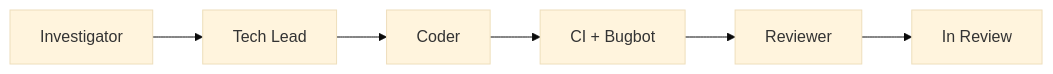
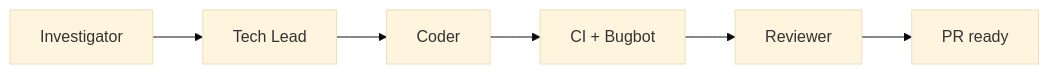
One commit to masumi-network/sokosumi changed the diagram in .cursor/skills/_team-sapphire/SKILL.md. Above: the diagram before and after it, drawn with Mermaid (base theme). The commit also changed other lines of this file and 11 other files, not shown here.

````diff
--- a/.cursor/skills/_team-sapphire/SKILL.md
+++ b/.cursor/skills/_team-sapphire/SKILL.md
@@ -11,8 +11,8 @@
 ```mermaid
 flowchart LR
   inv[Investigator] --> lead[Tech Lead]
   lead --> code[Coder]
   code --> gates[CI + Bugbot]
   gates --> rev[Reviewer]
-  rev --> ir[In Review]
+  rev --> pr[PR ready]
 ```
````
